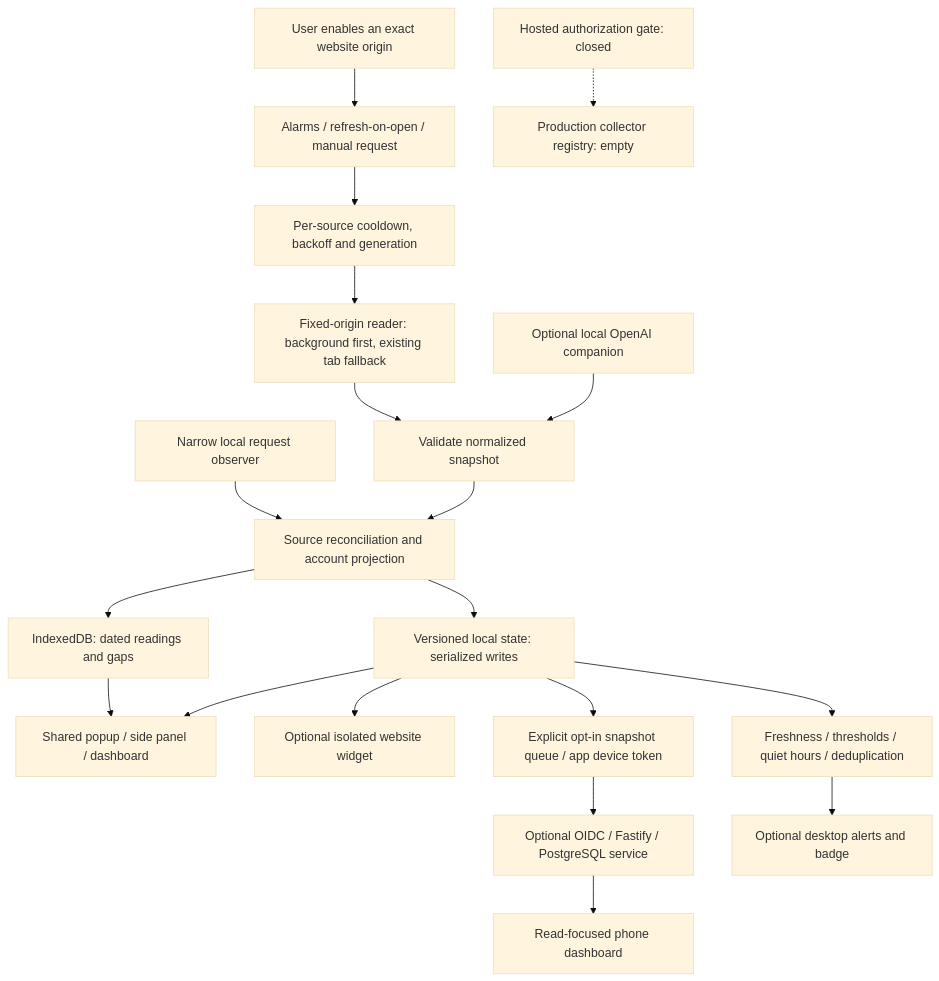
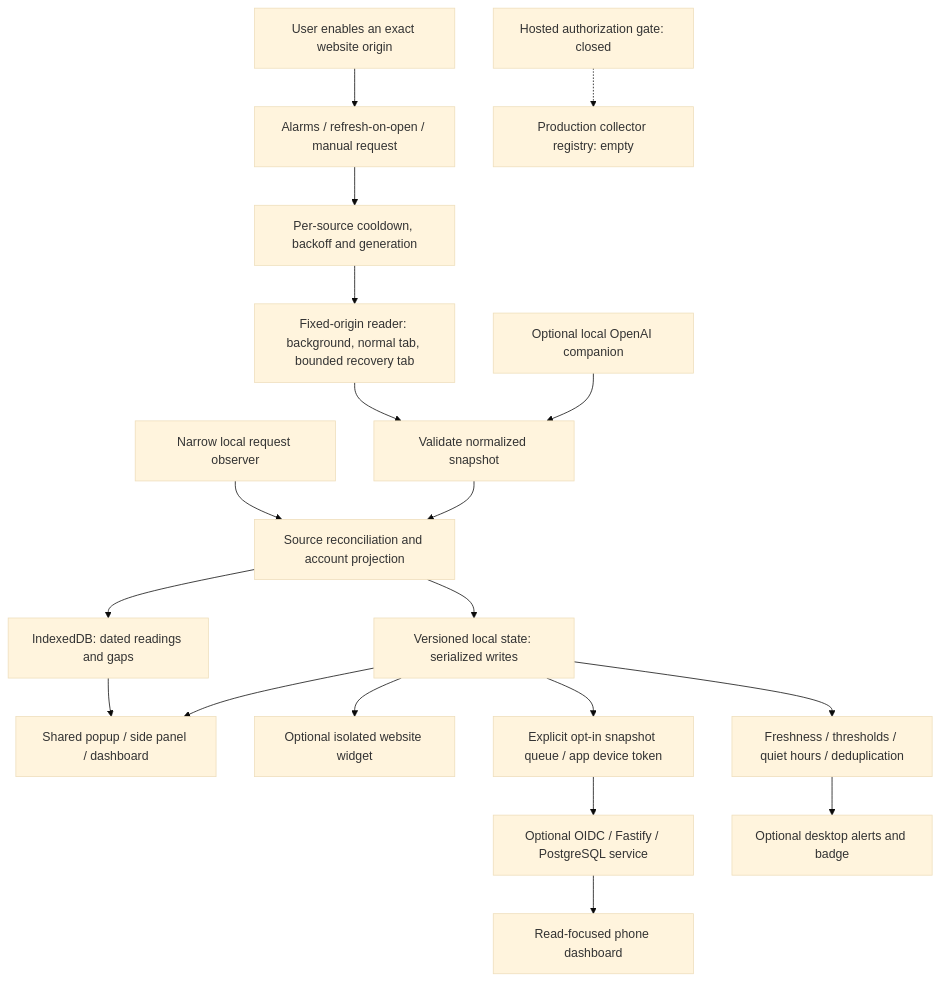
Before and after one commit to voiddev011/mylimits: the diagram in docs/ARCHITECTURE.md, drawn with Mermaid (base theme). The commit also changed other lines of this file and 24 other files, not shown here.

Commit message:
Add bounded normal-tab website recovery and Checkpoint A handoff (C4)

````diff
--- a/docs/ARCHITECTURE.md
+++ b/docs/ARCHITECTURE.md
@@ -48,21 +48,21 @@
 ```mermaid
 flowchart TD
   Click[User enables an exact website origin] --> Schedule[Alarms / refresh-on-open / manual request]
   Schedule --> Guard[Per-source cooldown, backoff and generation]
-  Guard --> Reader[Fixed-origin reader: background first, existing tab fallback]
+  Guard --> Reader[Fixed-origin reader: background, normal tab, bounded recovery tab]
   Native[Optional local OpenAI companion] --> Normalize[Validate normalized snapshot]
   Reader --> Normalize
   Normalize --> Reconcile[Source reconciliation and account projection]
   Reconcile --> State[Versioned local state: serialized writes]
   Reconcile --> History[IndexedDB: dated readings and gaps]
   State --> Views[Shared popup / side panel / dashboard]
   History --> Views
   State --> Widget[Optional isolated website widget]
   State --> Sync[Explicit opt-in snapshot queue / app device token]
   Sync --> API[Optional OIDC / Fastify / PostgreSQL service]
   API --> Phone[Read-focused phone dashboard]
   Gate[Hosted authorization gate: closed] -.-> Collector[Production collector registry: empty]
   State --> Policy[Freshness / thresholds / quiet hours / deduplication]
   Policy --> Alerts[Optional desktop alerts and badge]
   Observer[Narrow local request observer] --> Reconcile
 ```
````
